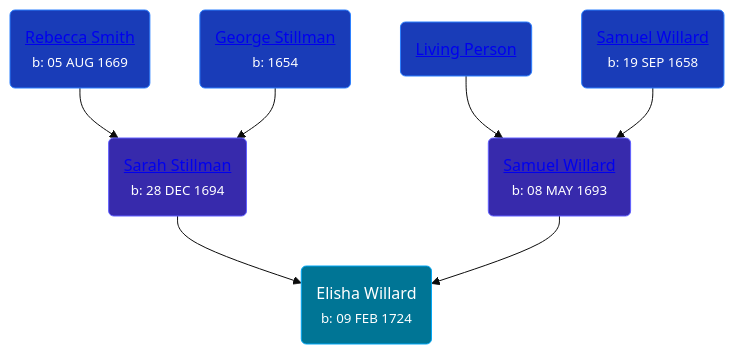
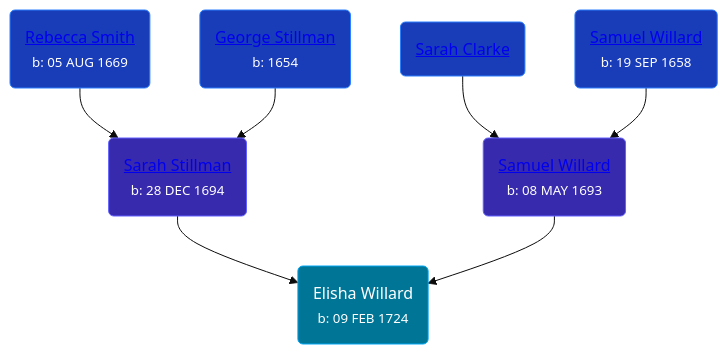
Before and after one commit to wpmgotkh/wpmgotkh.github.io: the diagram in pages/people/6/625742.md, drawn with Mermaid (base theme). The commit also changed 586 other files, not shown here.

Commit message:
feat: better shouldConsiderPersonLiving algo

````diff
--- a/pages/people/6/625742.md
+++ b/pages/people/6/625742.md
@@ -11,13 +11,13 @@
 ```mermaid
 graph
 classDef grands fill:#193cb8,stroke:#2b7fff,stroke-width:1px,color:#fff;
 classDef parents fill:#372aac,stroke:#615fff,stroke-width:1px,color:#fff;
 classDef primary fill:#007595,stroke:#00a6f4,stroke-width:1px,color:#fff;
 625742(Elisha Willard<br /><small>b: 09 FEB 1724</small>):::primary
 9722974(<a class="text-white" href="/people/9/9722974">Sarah Stillman</a><br /><small>b: 28 DEC 1694</small>):::parents-->625742
 76162584(<a class="text-white" href="/people/7/76162584">Rebecca Smith</a><br /><small>b: 05 AUG 1669</small>):::grands-->9722974
 67040632(<a class="text-white" href="/people/6/67040632">George Stillman</a><br /><small>b: 1654</small>):::grands-->9722974
 12362566(<a class="text-white" href="/people/1/12362566">Samuel Willard</a><br /><small>b: 08 MAY 1693</small>):::parents-->625742
-93595493(<a class="text-white" href="/people/9/93595493">Living Person</a>):::grands-->12362566
+93595493(<a class="text-white" href="/people/9/93595493">Sarah Clarke</a>):::grands-->12362566
 55389376(<a class="text-white" href="/people/5/55389376">Samuel Willard</a><br /><small>b: 19 SEP 1658</small>):::grands-->12362566
 ```
````
